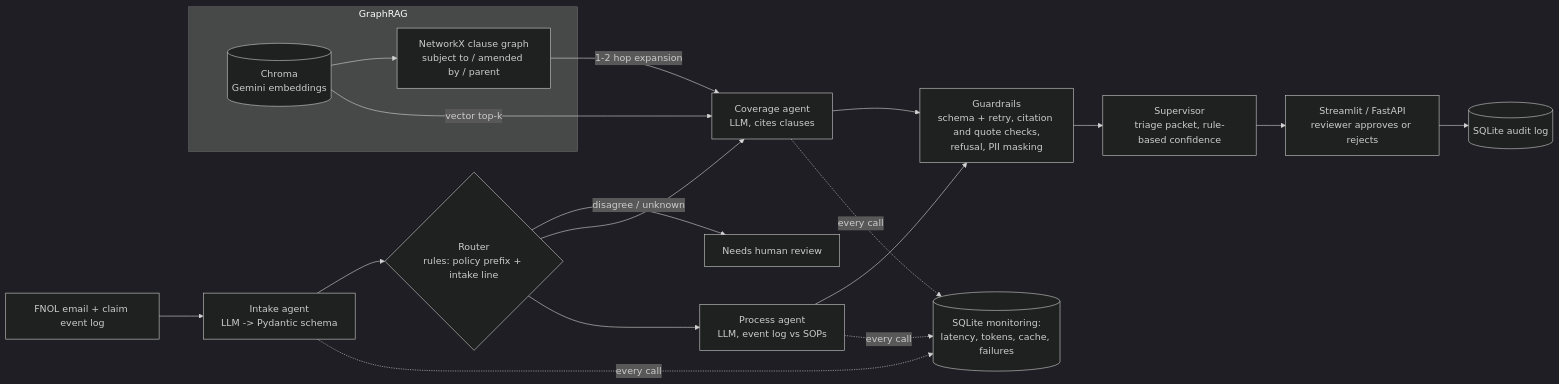
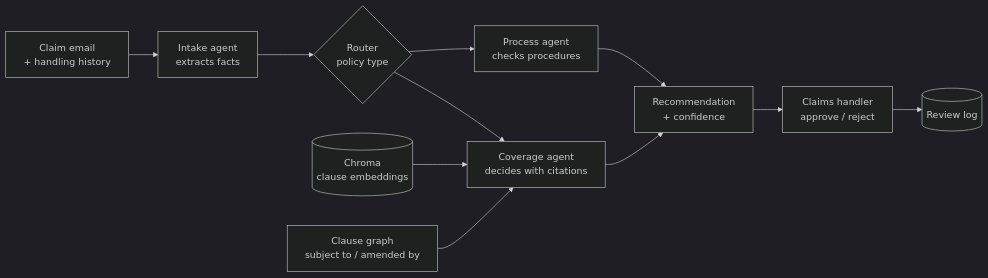
The diagram in README.md (ashashree2000/claimflow), drawn with Mermaid (dark theme) before and after one commit. The commit also changed other lines of this file and 16 other files, not shown here.

Commit message:
Clearer app (overview, evaluation, review log), README rewrite

````diff
--- a/README.md
+++ b/README.md
@@ -11,19 +11,13 @@
 ```mermaid
 flowchart LR
-    E[FNOL email + claim event log] --> I[Intake agent<br/>LLM -> Pydantic schema]
-    I --> R{Router<br/>rules: policy prefix + intake line}
-    R -- disagree / unknown --> H[Needs human review]
-    R --> C[Coverage agent<br/>LLM, cites clauses]
-    R --> P[Process agent<br/>LLM, event log vs SOPs]
-    subgraph GraphRAG
-        V[(Chroma<br/>Gemini embeddings)] --> X[NetworkX clause graph<br/>subject to / amended by / parent]
-    end
-    V -- vector top-k --> C
-    X -- 1-2 hop expansion --> C
-    C --> G[Guardrails<br/>schema + retry, citation and quote checks,<br/>refusal, PII masking]
-    P --> G
-    G --> S[Supervisor<br/>triage packet, rule-based confidence]
-    S --> UI[Streamlit / FastAPI<br/>reviewer approves or rejects]
-    UI --> A[(SQLite audit log)]
-    I & C & P -. every call .-> M[(SQLite monitoring:<br/>latency, tokens, cache, failures)]
+    E[Claim email<br/>+ handling history] --> I[Intake agent<br/>extracts facts]
+    I --> R{Router<br/>policy type}
+    R --> C[Coverage agent<br/>decides with citations]
+    R --> P[Process agent<br/>checks procedures]
+    V[(Chroma<br/>clause embeddings)] --> C
+    G[Clause graph<br/>subject to / amended by] --> C
+    C --> S[Recommendation<br/>+ confidence]
+    P --> S
+    S --> H[Claims handler<br/>approve / reject]
+    H --> A[(Review log)]
 ```
````
